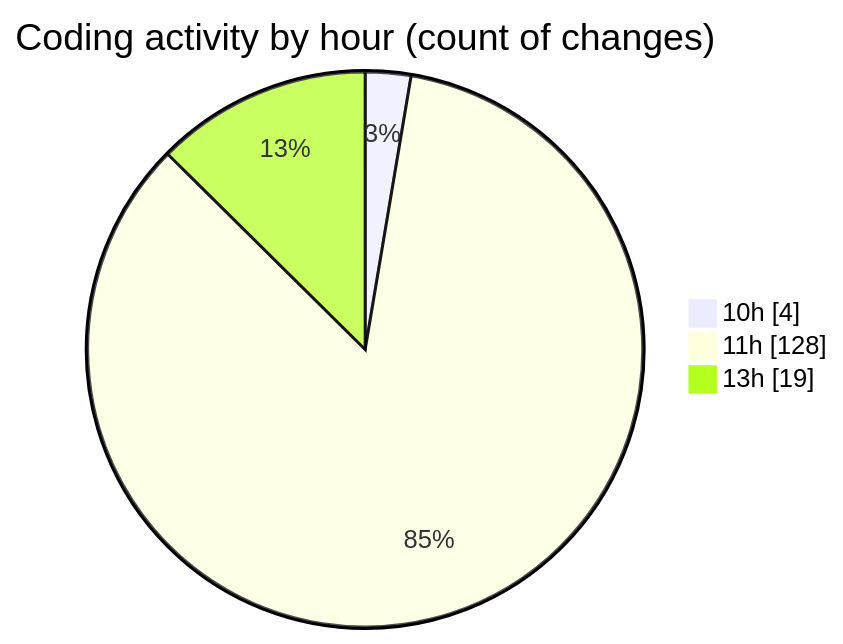
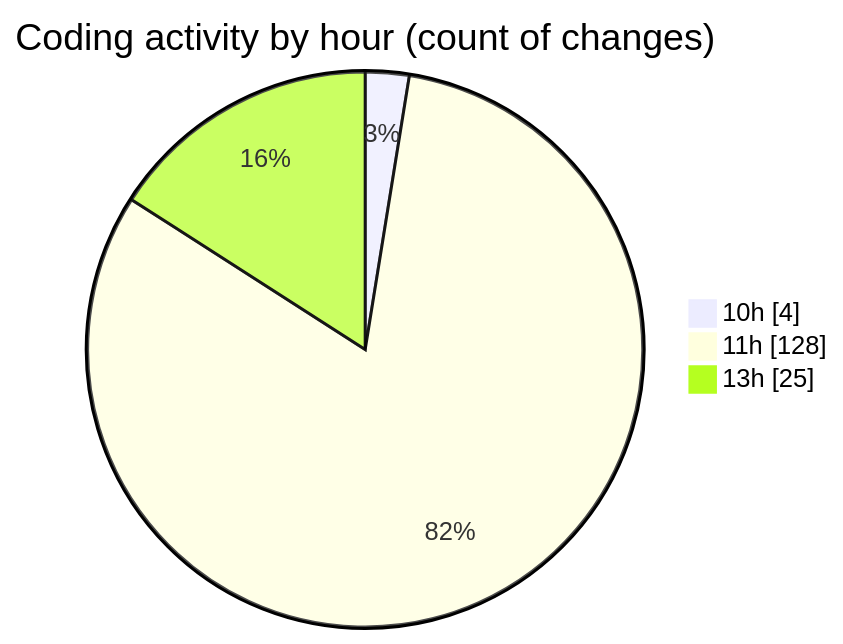
One commit to nxtqubesakshisongat/code-tracking changed the second of 2 diagrams in 2025-04-14/nxtqube_webapp/README.md. Above: the diagram before and after it, drawn with Mermaid. The commit also changed other lines of this file and 1 other file, not shown here.

````diff
--- a/2025-04-14/nxtqube_webapp/README.md
+++ b/2025-04-14/nxtqube_webapp/README.md
@@ -35,7 +35,7 @@
 ```mermaid
 pie showData
 title Coding activity by hour (count of changes)
 "10h" : 4
 "11h" : 128
-"13h" : 19
+"13h" : 25
 ```
````
